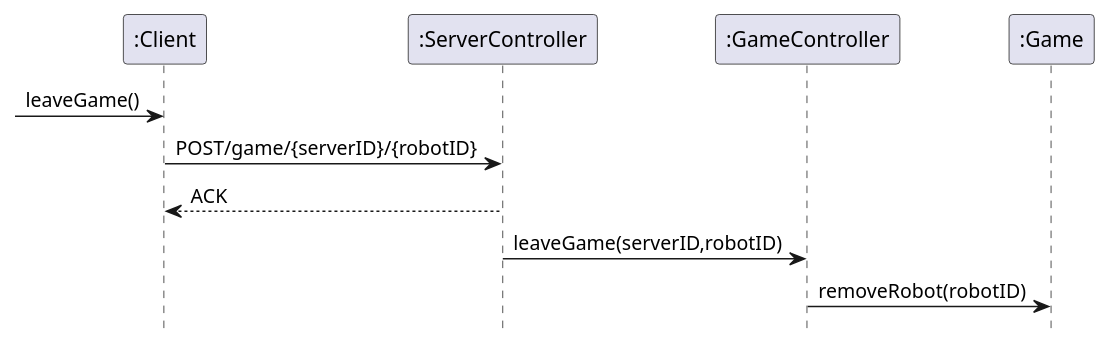
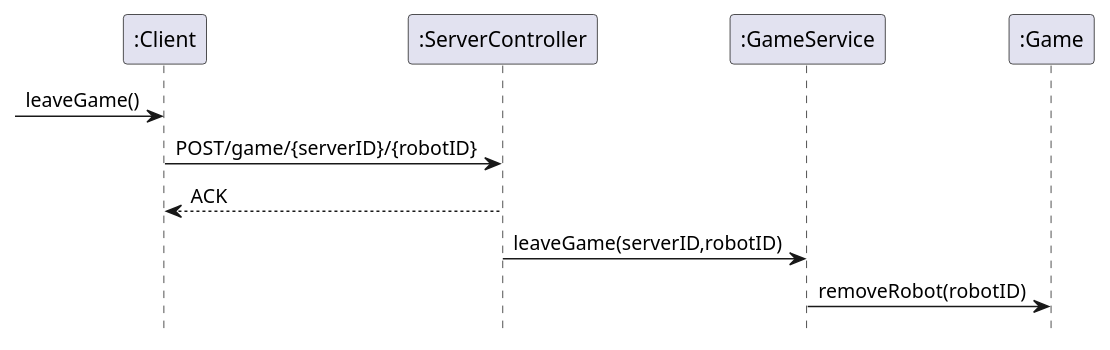
One commit to MikaelFangel/RoboRally changed the diagram in diagrams/Server SSD's/Leave_Game.puml. Above: the diagram before and after it, drawn with PlantUML. The commit also changed 4 other files, not shown here.

```diff
--- a/diagrams/Server SSD's/Leave_Game.puml
+++ b/diagrams/Server SSD's/Leave_Game.puml
@@ -1,17 +1,17 @@
 @startuml
 'https://plantuml.com/sequence-diagram
 
 hide footbox
 
 Participant ":Client" as client
 Participant ":ServerController" as server
-Participant ":GameController" as gameController
+Participant ":GameService" as gameService
 participant ":Game" as game
 
 -> client : leaveGame()
 client -> server : POST/game/{serverID}/{robotID}
 client <-- server : ACK
-server -> gameController : leaveGame(serverID,robotID)
-gameController -> game : removeRobot(robotID)
+server -> gameService : leaveGame(serverID,robotID)
+gameService -> game : removeRobot(robotID)
 
 @enduml
```
